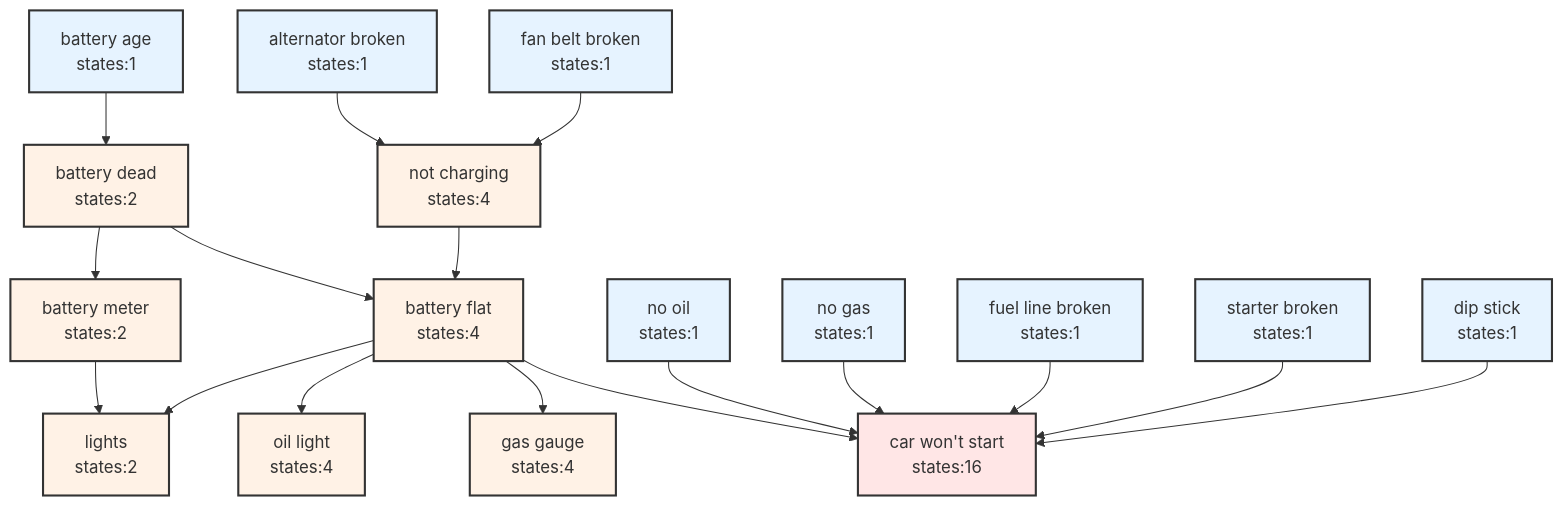
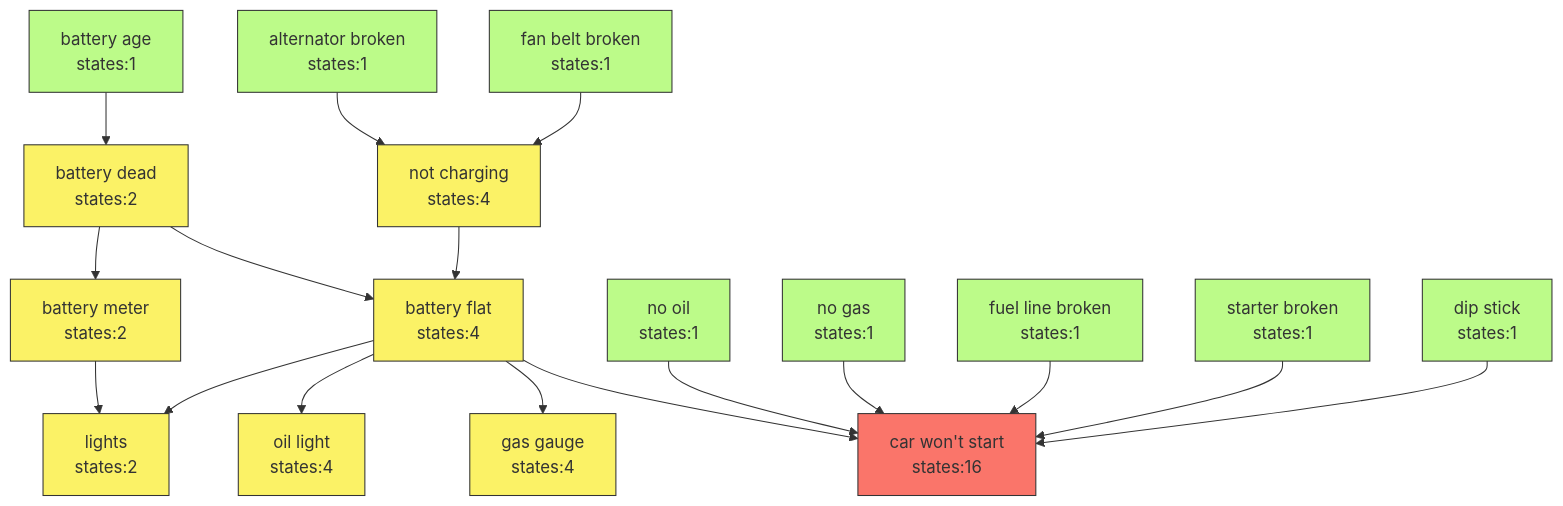
One commit to Chaklader/part-of-speech-tagging changed the third of 13 diagrams in C_4.md. Above: the diagram before and after it, drawn with Mermaid. The commit also changed other lines of this file, not shown here.

````diff
--- a/C_4.md
+++ b/C_4.md
@@ -325,30 +327,38 @@
 ```mermaid
 graph TD
     BA[battery age<br/>states:1] --> BD[battery dead<br/>states:2]
     BD --> BM[battery meter<br/>states:2]
     BD --> BF[battery flat<br/>states:4]
-
     AB[alternator broken<br/>states:1] --> NC[not charging<br/>states:4]
     FB[fan belt broken<br/>states:1] --> NC
     NC --> BF
-
     BM --> L[lights<br/>states:2]
     BF --> L
     BF --> OL[oil light<br/>states:4]
     BF --> GG[gas gauge<br/>states:4]
-
     NO[no oil<br/>states:1] --> CW[car won't start<br/>states:16]
     NG[no gas<br/>states:1] --> CW
     FLB[fuel line broken<br/>states:1] --> CW
     SB[starter broken<br/>states:1] --> CW
     DS[dip stick<br/>states:1] --> CW
     BF --> CW
 
-    classDef root fill:#e6f3ff,stroke:#333,stroke-width:2px;
-    classDef intermediate fill:#fff2e6,stroke:#333,stroke-width:2px;
-    classDef target fill:#ffe6e6,stroke:#333,stroke-width:2px;
+    style BA fill:#BCFB89,stroke:#333,stroke-width:1px
+    style AB fill:#BCFB89,stroke:#333,stroke-width:1px
+    style FB fill:#BCFB89,stroke:#333,stroke-width:1px
+    style FLB fill:#BCFB89,stroke:#333,stroke-width:1px
+    style SB fill:#BCFB89,stroke:#333,stroke-width:1px
+    style DS fill:#BCFB89,stroke:#333,stroke-width:1px
+    style NO fill:#BCFB89,stroke:#333,stroke-width:1px
+    style NG fill:#BCFB89,stroke:#333,stroke-width:1px
 
-    class BA,AB,FB,FLB,SB,DS,NO,NG root;
-    class BD,NC,BM,BF,L,OL,GG intermediate;
-    class CW target;
+    style BD fill:#FBF266,stroke:#333,stroke-width:1px
+    style NC fill:#FBF266,stroke:#333,stroke-width:1px
+    style BM fill:#FBF266,stroke:#333,stroke-width:1px
+    style BF fill:#FBF266,stroke:#333,stroke-width:1px
+    style L fill:#FBF266,stroke:#333,stroke-width:1px
+    style OL fill:#FBF266,stroke:#333,stroke-width:1px
+    style GG fill:#FBF266,stroke:#333,stroke-width:1px
+
+    style CW fill:#FA756A,stroke:#333,stroke-width:1px
 ```
````
